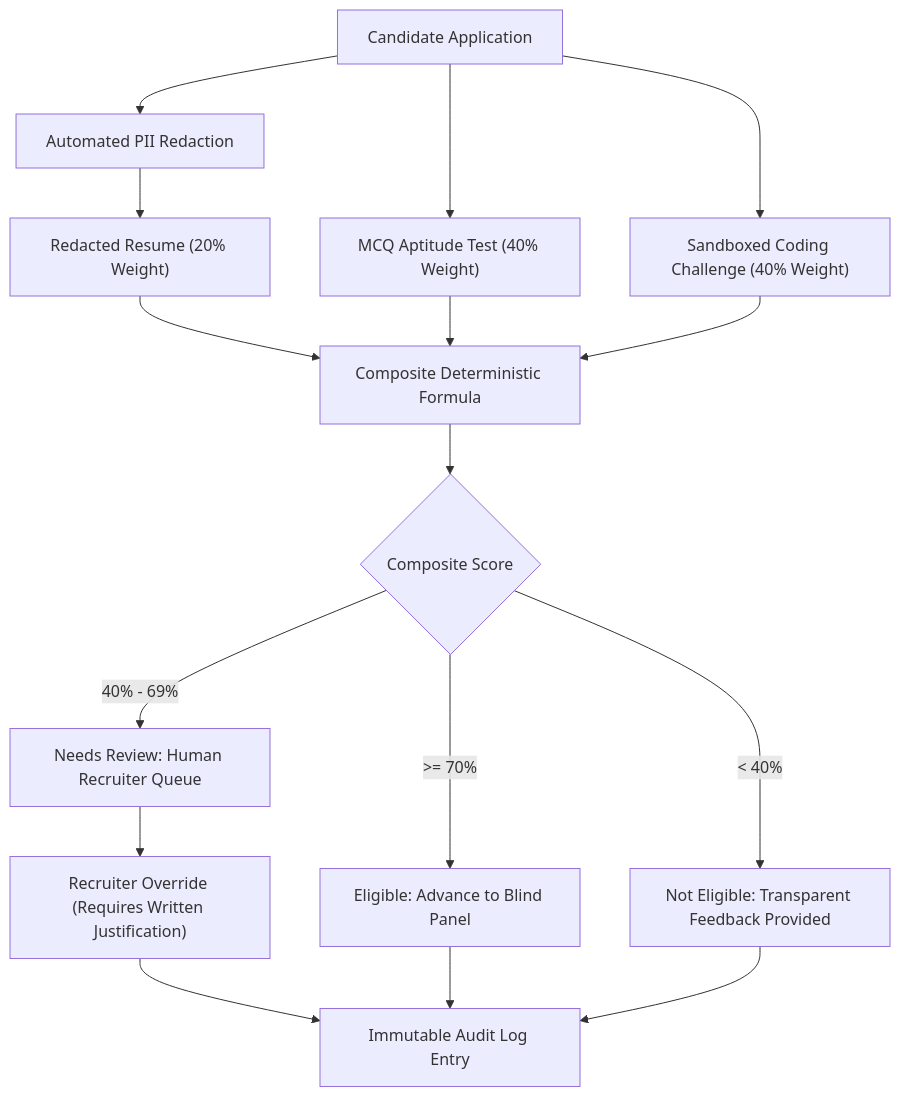
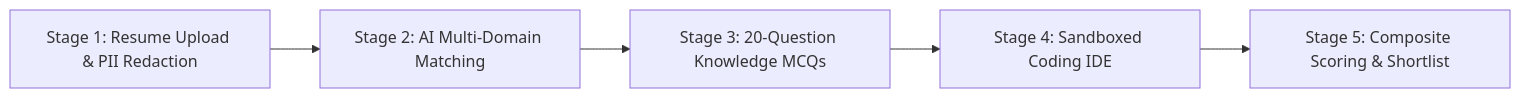
Before and after one commit to pateladil910/AI-Hiring-Bias-Detector: the first of 3 diagrams in PROJECT.md, drawn with Mermaid. The commit also changed other lines of this file, not shown here.

````diff
--- a/PROJECT.md
+++ b/PROJECT.md
@@ -125,21 +116,7 @@
 ```mermaid
-flowchart TD
-    A["Candidate Application"] --> B["Automated PII Redaction"]
-    B --> C["Redacted Resume (20% Weight)"]
-    A --> D["MCQ Aptitude Test (40% Weight)"]
-    A --> E["Sandboxed Coding Challenge (40% Weight)"]
-    
-    C --> F["Composite Deterministic Formula"]
-    D --> F
-    E --> F
-    
-    F --> G{"Composite Score"}
-    G -->|>= 70%| H["Eligible: Advance to Blind Panel"]
-    G -->|40% - 69%| I["Needs Review: Human Recruiter Queue"]
-    G -->|< 40%| J["Not Eligible: Transparent Feedback Provided"]
-    
-    I --> K["Recruiter Override (Requires Written Justification)"]
-    K --> L["Immutable Audit Log Entry"]
-    H --> L
-    J --> L
+flowchart LR
+    A["Stage 1: Resume Upload & PII Redaction"] --> B["Stage 2: AI Multi-Domain Matching"]
+    B --> C["Stage 3: 20-Question Knowledge MCQs"]
+    C --> D["Stage 4: Sandboxed Coding IDE"]
+    D --> E["Stage 5: Composite Scoring & Shortlist"]
 ```
````
